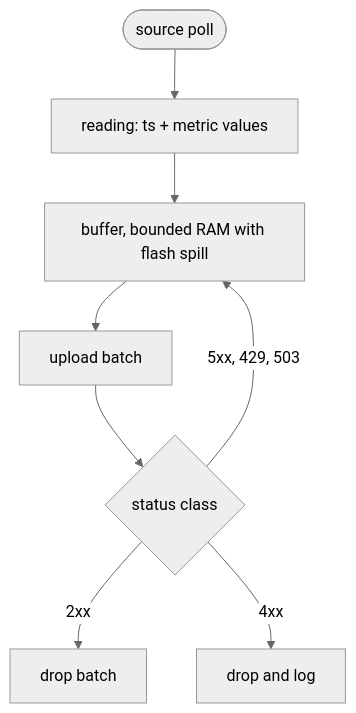
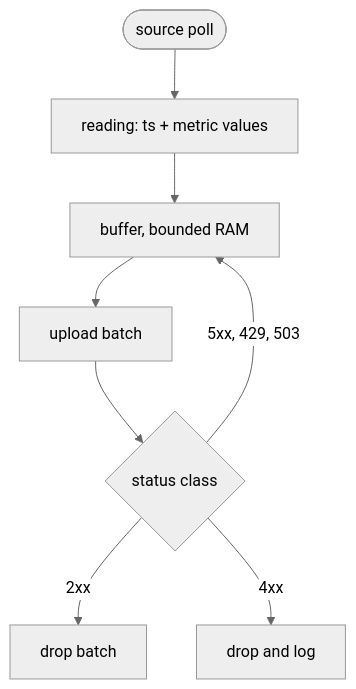
Before and after one commit to fabbrito/magellan-device: the second of 2 diagrams in docs/DESIGN.md, drawn with Mermaid (neutral theme). The commit also changed other lines of this file and 2 other files, not shown here.

````diff
--- a/docs/DESIGN.md
+++ b/docs/DESIGN.md
@@ -209,10 +213,10 @@
 ```mermaid
 flowchart TD
     A([source poll]) --> B[reading: ts + metric values]
-    B --> C[buffer, bounded RAM with flash spill]
+    B --> C[buffer, bounded RAM]
     C --> D[upload batch]
     D --> E{status class}
     E -->|2xx| F[drop batch]
     E -->|4xx| G[drop and log]
     E -->|5xx, 429, 503| C
 ```
````
